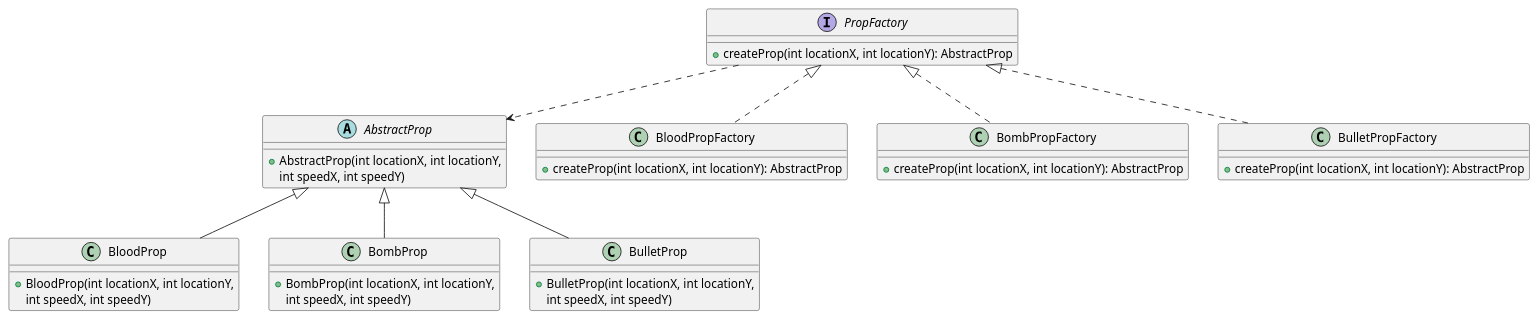
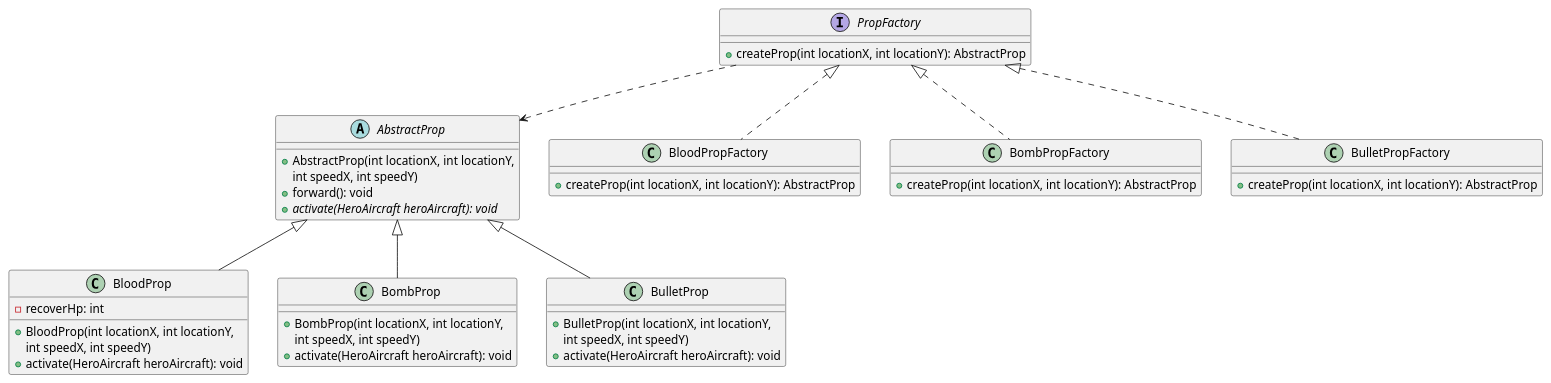
The diagram in uml/PropFactory.puml (Lau-pq/AircraftWar), drawn with PlantUML before and after one commit. The commit also changed 4 other files, not shown here.

Commit message:
修改uml图

```diff
--- a/uml/PropFactory.puml
+++ b/uml/PropFactory.puml
@@ -1,57 +1,63 @@
 @startuml
 'https://plantuml.com/class-diagram
 
 interface PropFactory {
     + createProp(int locationX, int locationY): AbstractProp
 }
 
 abstract class AbstractProp
 {
     + AbstractProp(int locationX, int locationY,
     int speedX, int speedY)
+    + forward(): void
+    + {abstract} activate(HeroAircraft heroAircraft): void
 }
 
 PropFactory ..> AbstractProp
 
 class BloodPropFactory {
     + createProp(int locationX, int locationY): AbstractProp
 }
 
 PropFactory <|.. BloodPropFactory
 
 
 class BombPropFactory {
     + createProp(int locationX, int locationY): AbstractProp
 }
 
 PropFactory <|.. BombPropFactory
 
 class BulletPropFactory {
     + createProp(int locationX, int locationY): AbstractProp
 }
 
 PropFactory <|.. BulletPropFactory
 
 class BloodProp {
+    - recoverHp: int
     + BloodProp(int locationX, int locationY,
     int speedX, int speedY)
+    + activate(HeroAircraft heroAircraft): void
 }
 
 AbstractProp <|-- BloodProp
 
 class BombProp {
     + BombProp(int locationX, int locationY,
     int speedX, int speedY)
+    + activate(HeroAircraft heroAircraft): void
 }
 
 AbstractProp <|-- BombProp
 
 class BulletProp {
     + BulletProp(int locationX, int locationY,
     int speedX, int speedY)
+    + activate(HeroAircraft heroAircraft): void
 }
 
 AbstractProp <|-- BulletProp
 
 
 @enduml
```
